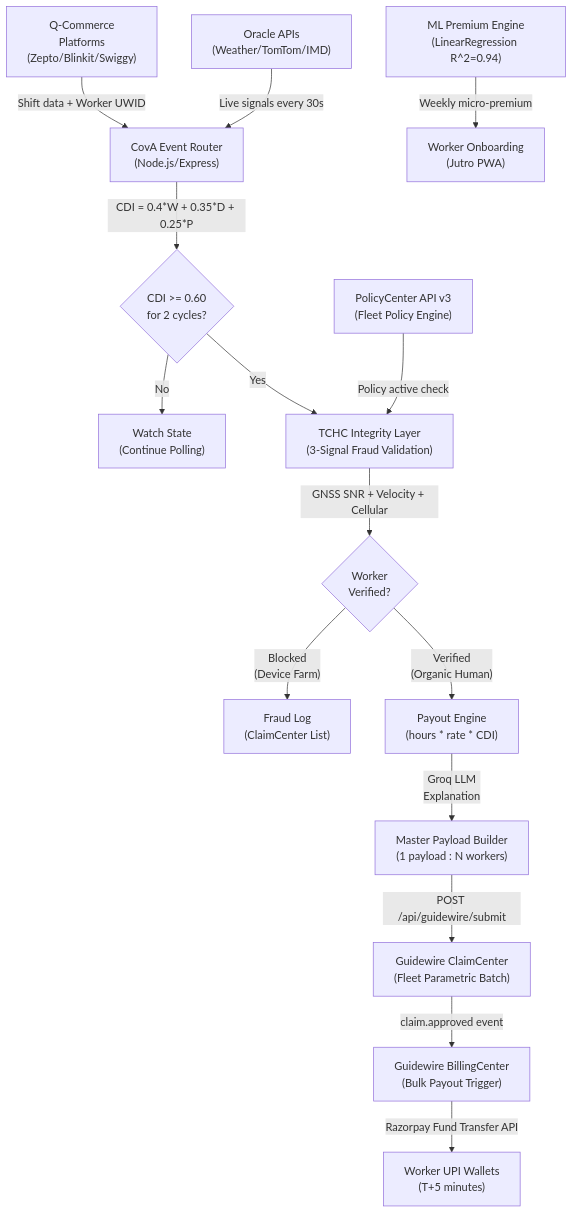
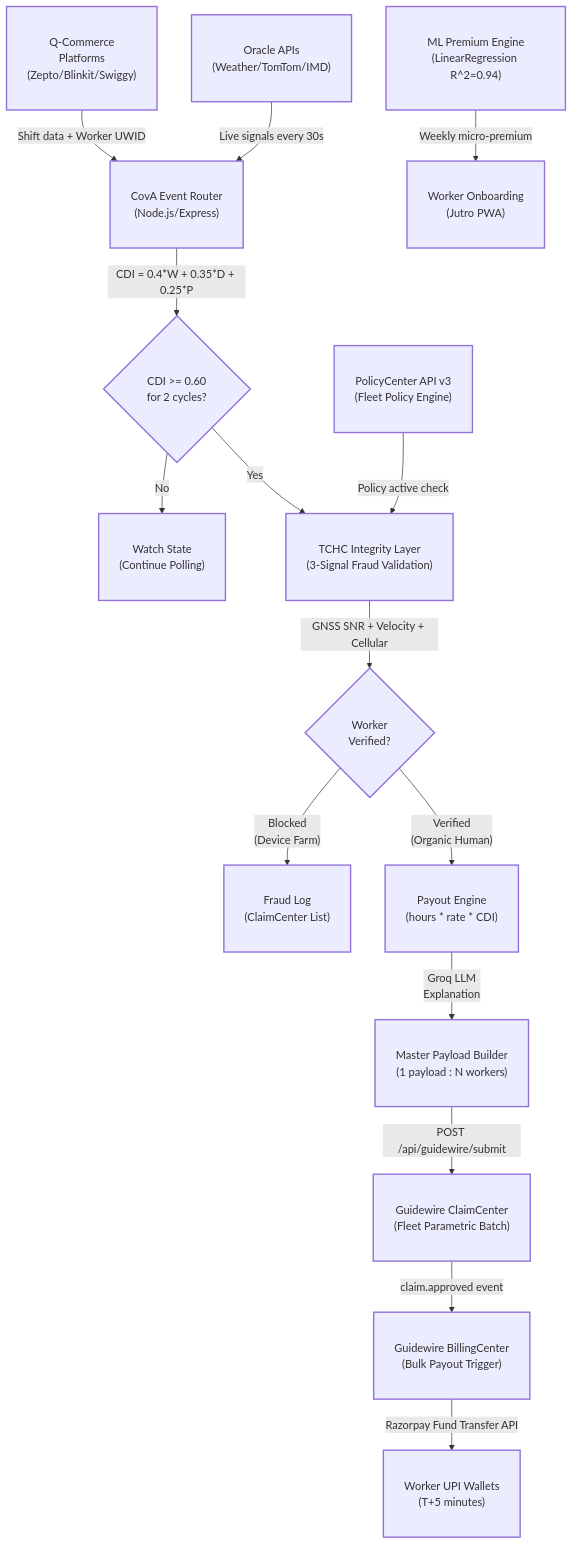
Before and after one commit to NavneethKonduru/CovA-Parametric-Income-Protection-Guidewire-Devtrails-2026: the diagram in README.md, drawn with Mermaid. The commit also changed other lines of this file, not shown here.

Commit message:
Optimize Mermaid layout: apply box class with padding to all nodes

````diff
--- a/README.md
+++ b/README.md
@@ -169,17 +169,19 @@
 ```mermaid
 graph TD
-    A["Q-Commerce<br/>Platforms<br/>(Zepto/Blinkit/Swiggy)"] -->|"Shift data + Worker UWID"| B["CovA Event Router<br/>(Node.js/Express)"]
-    C["Oracle APIs<br/>(Weather/TomTom/IMD)"] -->|"Live signals every 30s"| B
-    B -->|"CDI = 0.4*W + 0.35*D + 0.25*P"| D{"CDI >= 0.60<br/>for 2 cycles?"}
-    D -->|No| E["Watch State<br/>(Continue Polling)"]
-    D -->|Yes| F["TCHC Integrity Layer<br/>(3-Signal Fraud Validation)"]
-    F -->|"GNSS SNR + Velocity + Cellular"| G{"Worker<br/>Verified?"}
-    G -->|"Blocked<br/>(Device Farm)"| H["Fraud Log<br/>(ClaimCenter List)"]
-    G -->|"Verified<br/>(Organic Human)"| I["Payout Engine<br/>(hours * rate * CDI)"]
-    I -->|"Groq LLM<br/>Explanation"| J["Master Payload Builder<br/>(1 payload : N workers)"]
-    J -->|"POST /api/guidewire/submit"| K["Guidewire ClaimCenter<br/>(Fleet Parametric Batch)"]
-    K -->|"claim.approved event"| L["Guidewire BillingCenter<br/>(Bulk Payout Trigger)"]
-    L -->|"Razorpay Fund Transfer API"| M["Worker UPI Wallets<br/>(T+5 minutes)"]
-    N["PolicyCenter API v3<br/>(Fleet Policy Engine)"] -->|"Policy active check"| F
-    O["ML Premium Engine<br/>(LinearRegression R^2=0.94)"] -->|"Weekly micro-premium"| P["Worker Onboarding<br/>(Jutro PWA)"]
+    classDef box padding:15px,stroke-width:2px;
+
+    A["Q-Commerce<br/>Platforms<br/>(Zepto/Blinkit/Swiggy)"]:::box -->|"Shift data + Worker UWID"| B["CovA Event Router<br/>(Node.js/Express)"]:::box
+    C["Oracle APIs<br/>(Weather/TomTom/IMD)"]:::box -->|"Live signals every 30s"| B
+    B -->|"CDI = 0.4*W + 0.35*D + 0.25*P"| D{"CDI >= 0.60<br/>for 2 cycles? "}:::box
+    D -->|No| E["Watch State<br/>(Continue Polling)"]:::box
+    D -->|Yes| F["TCHC Integrity Layer<br/>(3-Signal Fraud Validation)"]:::box
+    F -->|"GNSS SNR + Velocity + Cellular"| G{"Worker<br/>Verified?"}:::box
+    G -->|"Blocked<br/>(Device Farm)"| H["Fraud Log<br/>(ClaimCenter List)"]:::box
+    G -->|"Verified<br/>(Organic Human)"| I["Payout Engine<br/>(hours * rate * CDI)"]:::box
+    I -->|"Groq LLM<br/>Explanation"| J["Master Payload Builder<br/>(1 payload : N workers)"]:::box
+    J -->|"POST /api/guidewire/submit"| K["Guidewire ClaimCenter<br/>(Fleet Parametric Batch)"]:::box
+    K -->|"claim.approved event"| L["Guidewire BillingCenter<br/>(Bulk Payout Trigger)"]:::box
+    L -->|"Razorpay Fund Transfer API"| M["Worker UPI Wallets<br/>(T+5 minutes)"]:::box
+    N["PolicyCenter API v3<br/>(Fleet Policy Engine)"]:::box -->|"Policy active check"| F
+    O["ML Premium Engine<br/>(LinearRegression R^2=0.94)"]:::box -->|"Weekly micro-premium"| P["Worker Onboarding<br/>(Jutro PWA)"]:::box
 ```
````
